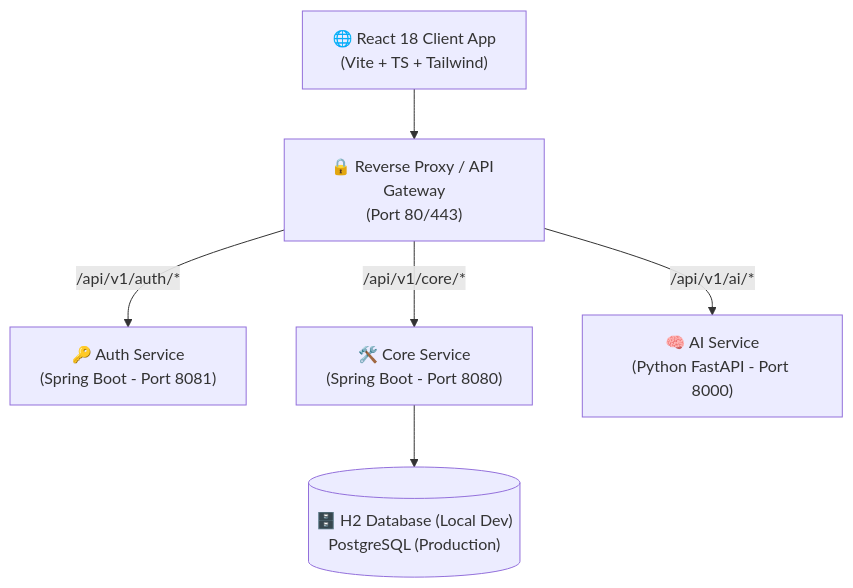
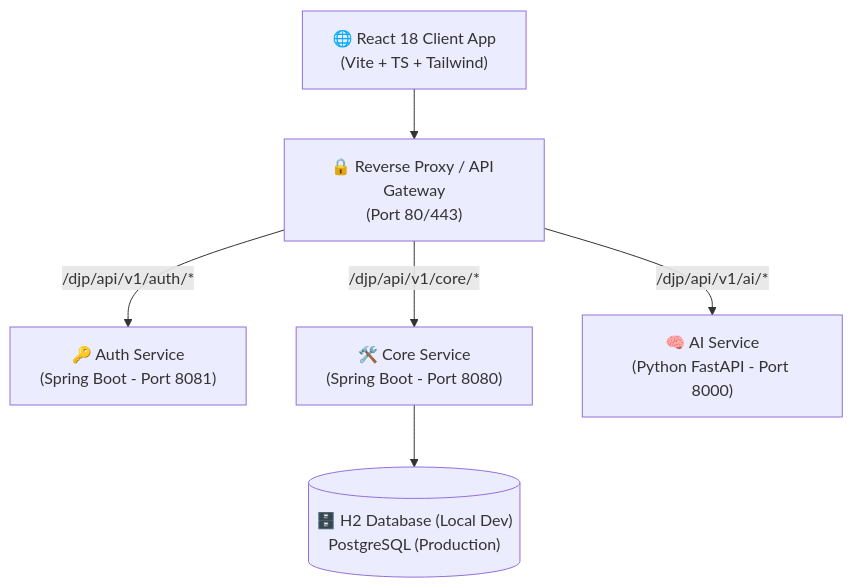
One commit to alokgupta02/DJP-v1 changed the diagram in docs/architecture/overview.md. Above: the diagram before and after it, drawn with Mermaid. The commit also changed other lines of this file and 6 other files, not shown here.

Commit message:
docs: Add standardized metadata tracking headers and base URL config to architecture docs

````diff
--- a/docs/architecture/overview.md
+++ b/docs/architecture/overview.md
@@ -19,11 +21,11 @@
 ```mermaid
 graph TD
     User["🌐 React 18 Client App<br>(Vite + TS + Tailwind)"] 
     --> Gateway["🔒 Reverse Proxy / API Gateway<br>(Port 80/443)"]
     
-    Gateway -->|"/api/v1/auth/*"| AuthService["🔑 Auth Service<br>(Spring Boot - Port 8081)"]
-    Gateway -->|"/api/v1/core/*"| CoreService["🛠️ Core Service<br>(Spring Boot - Port 8080)"]
-    Gateway -->|"/api/v1/ai/*"| AIService["🧠 AI Service<br>(Python FastAPI - Port 8000)"]
+    Gateway -->|"/djp/api/v1/auth/*"| AuthService["🔑 Auth Service<br>(Spring Boot - Port 8081)"]
+    Gateway -->|"/djp/api/v1/core/*"| CoreService["🛠️ Core Service<br>(Spring Boot - Port 8080)"]
+    Gateway -->|"/djp/api/v1/ai/*"| AIService["🧠 AI Service<br>(Python FastAPI - Port 8000)"]
     
     CoreService --> DB[("🗄️ H2 Database (Local Dev)<br>PostgreSQL (Production)")]
 ```
````
